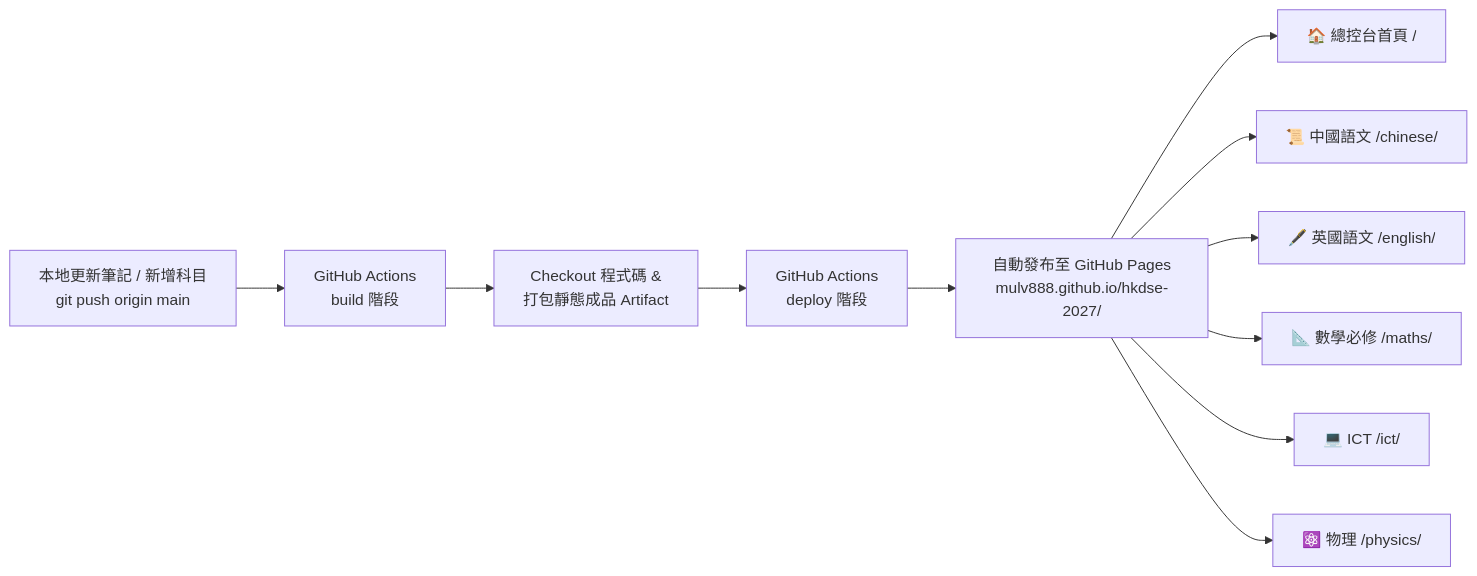
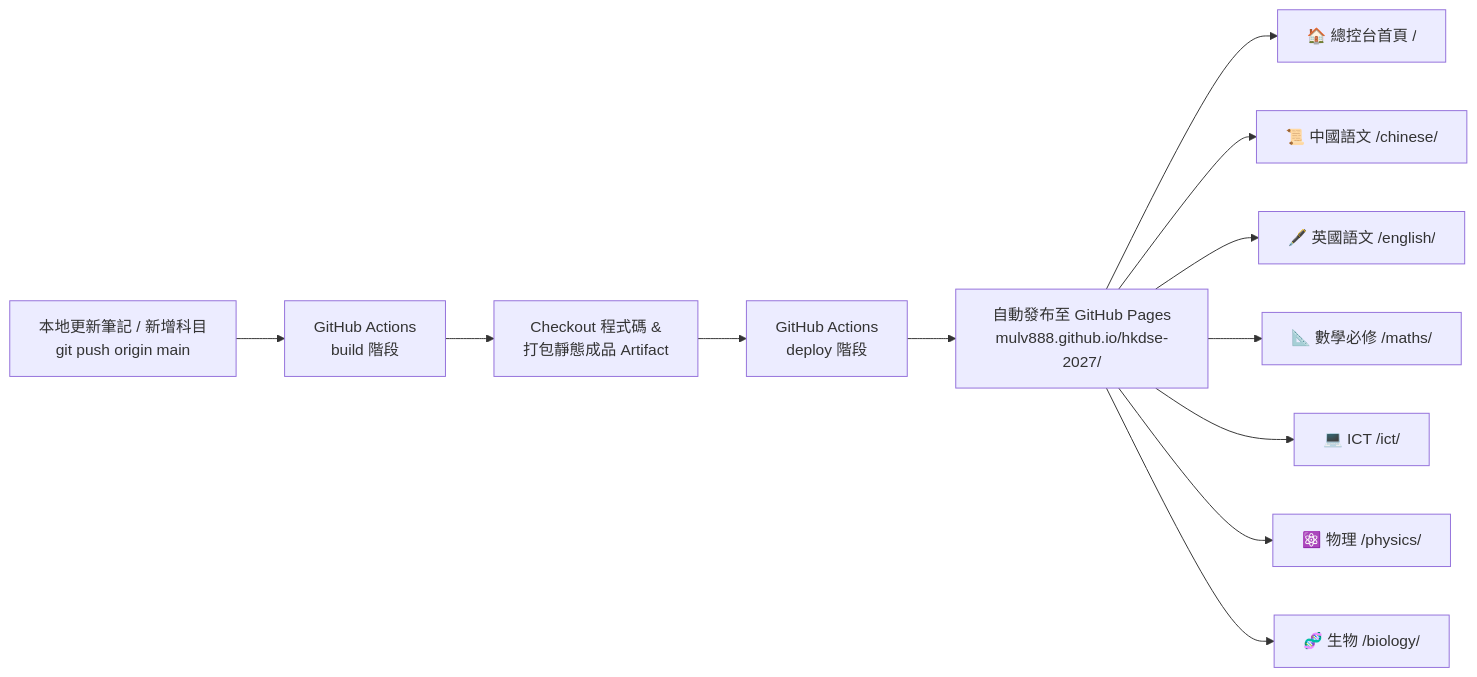
The diagram in README.md (mulv888/hkdse-2027), drawn with Mermaid before and after one commit. The commit also changed other lines of this file and 22 other files, not shown here.

````diff
--- a/README.md
+++ b/README.md
@@ -130,13 +152,14 @@
 ```mermaid
 flowchart LR
     A["本地更新筆記 / 新增科目<br/>git push origin main"] --> B["GitHub Actions<br/>build 階段"]
     B --> C["Checkout 程式碼 &<br/>打包靜態成品 Artifact"]
     C --> D["GitHub Actions<br/>deploy 階段"]
     D --> E["自動發布至 GitHub Pages<br/>mulv888.github.io/hkdse-2027/"]
     E --> F1["🏠 總控台首頁 /"]
     E --> F2["📜 中國語文 /chinese/"]
     E --> F3["🖋️ 英國語文 /english/"]
     E --> F4["📐 數學必修 /maths/"]
     E --> F5["💻 ICT /ict/"]
     E --> F6["⚛️ 物理 /physics/"]
+    E --> F7["🧬 生物 /biology/"]
 ```
````
